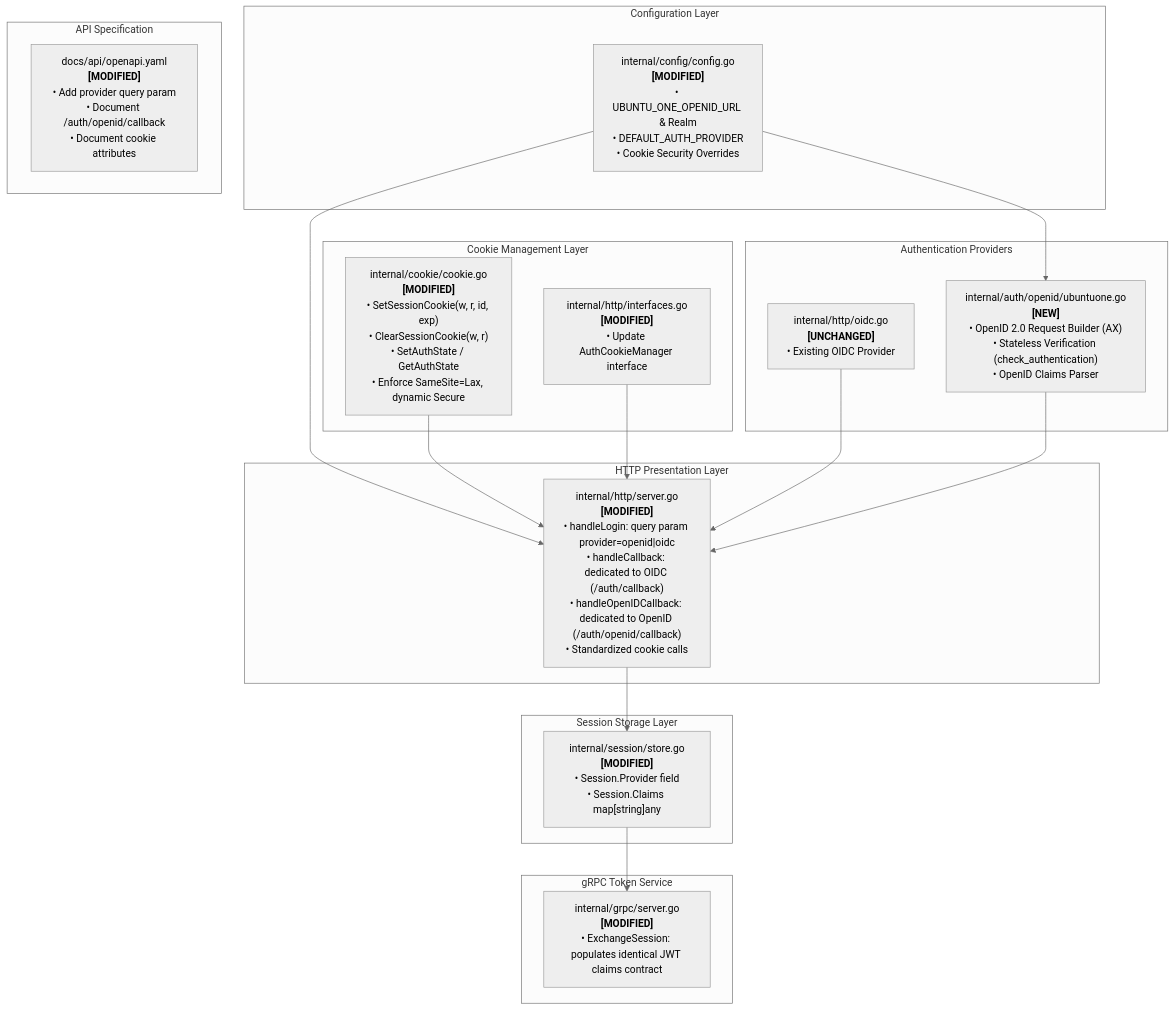
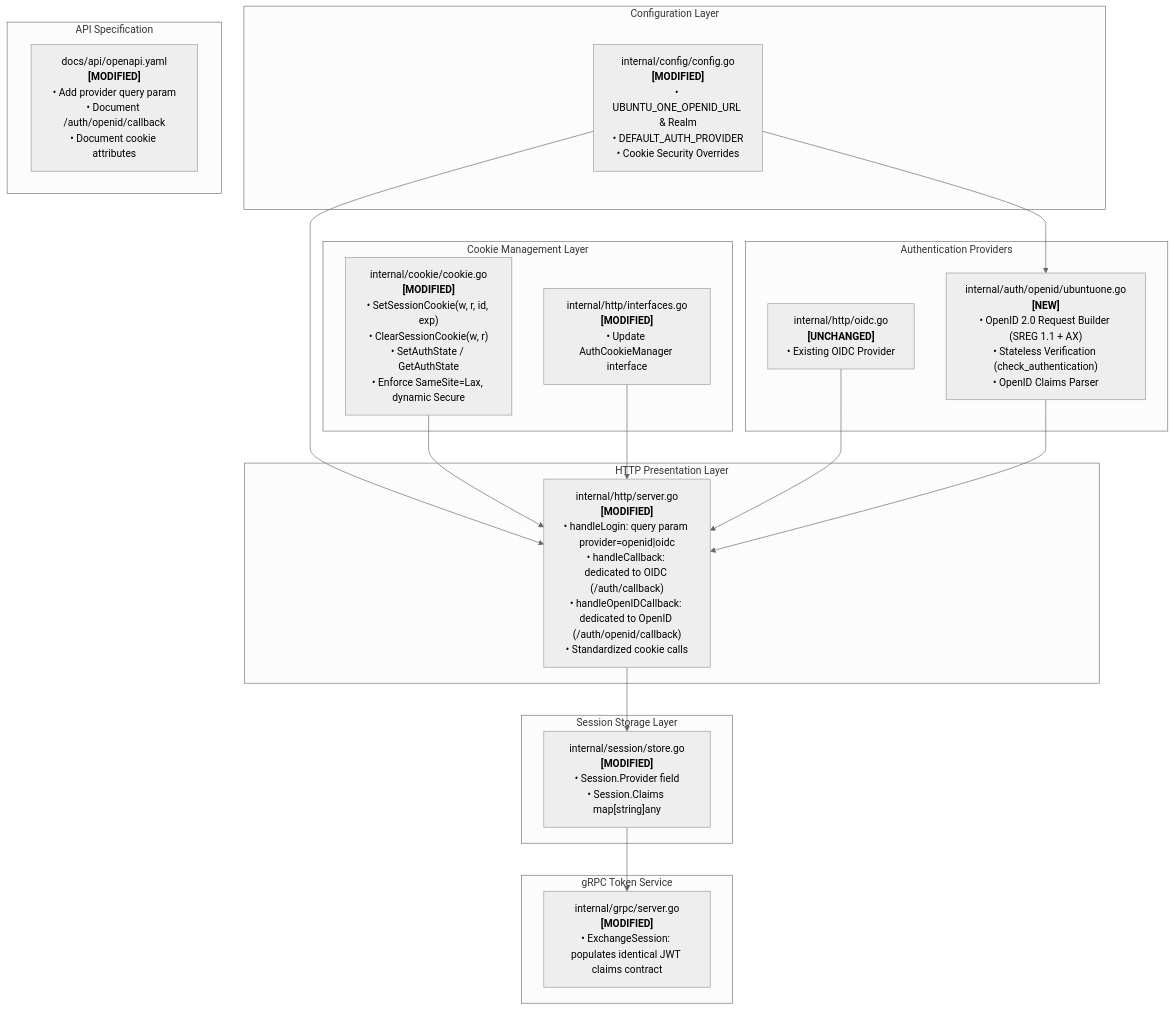
Before and after one commit to canonical/secure-token-service: the first of 2 diagrams in openspec/changes/support-ubuntu-one-openid/design.md, drawn with Mermaid (neutral theme). The commit also changed other lines of this file and 5 other files, not shown here.

````diff
--- a/openspec/changes/support-ubuntu-one-openid/design.md
+++ b/openspec/changes/support-ubuntu-one-openid/design.md
@@ -37,41 +37,41 @@
 ```mermaid
 flowchart TD
     subgraph Config["Configuration Layer"]
         cfg["internal/config/config.go<br/><b>[MODIFIED]</b><br/>• UBUNTU_ONE_OPENID_URL & Realm<br/>• DEFAULT_AUTH_PROVIDER<br/>• Cookie Security Overrides"]
     end
 
     subgraph CookieLayer["Cookie Management Layer"]
         cm["internal/cookie/cookie.go<br/><b>[MODIFIED]</b><br/>• SetSessionCookie(w, r, id, exp)<br/>• ClearSessionCookie(w, r)<br/>• SetAuthState / GetAuthState<br/>• Enforce SameSite=Lax, dynamic Secure"]
         cmi["internal/http/interfaces.go<br/><b>[MODIFIED]</b><br/>• Update AuthCookieManager interface"]
     end
 
     subgraph AuthProviders["Authentication Providers"]
         oidcProv["internal/http/oidc.go<br/><b>[UNCHANGED]</b><br/>• Existing OIDC Provider"]
-        u1Prov["internal/auth/openid/ubuntuone.go<br/><b>[NEW]</b><br/>• OpenID 2.0 Request Builder (AX)<br/>• Stateless Verification (check_authentication)<br/>• OpenID Claims Parser"]
+        u1Prov["internal/auth/openid/ubuntuone.go<br/><b>[NEW]</b><br/>• OpenID 2.0 Request Builder (SREG 1.1 + AX)<br/>• Stateless Verification (check_authentication)<br/>• OpenID Claims Parser"]
     end
 
     subgraph Storage["Session Storage Layer"]
         sessStore["internal/session/store.go<br/><b>[MODIFIED]</b><br/>• Session.Provider field<br/>• Session.Claims map[string]any"]
     end
 
     subgraph HTTPServer["HTTP Presentation Layer"]
         srv["internal/http/server.go<br/><b>[MODIFIED]</b><br/>• handleLogin: query param provider=openid|oidc<br/>• handleCallback: dedicated to OIDC (/auth/callback)<br/>• handleOpenIDCallback: dedicated to OpenID (/auth/openid/callback)<br/>• Standardized cookie calls"]
     end
 
     subgraph GRPCServer["gRPC Token Service"]
         grpcSrv["internal/grpc/server.go<br/><b>[MODIFIED]</b><br/>• ExchangeSession: populates identical JWT claims contract"]
     end
 
     subgraph Docs["API Specification"]
         openapi["docs/api/openapi.yaml<br/><b>[MODIFIED]</b><br/>• Add provider query param<br/>• Document /auth/openid/callback<br/>• Document cookie attributes"]
     end
 
     cfg --> srv
     cfg --> u1Prov
     cm --> srv
     cmi --> srv
     oidcProv --> srv
     u1Prov --> srv
     srv --> sessStore
     sessStore --> grpcSrv
 ```
````
